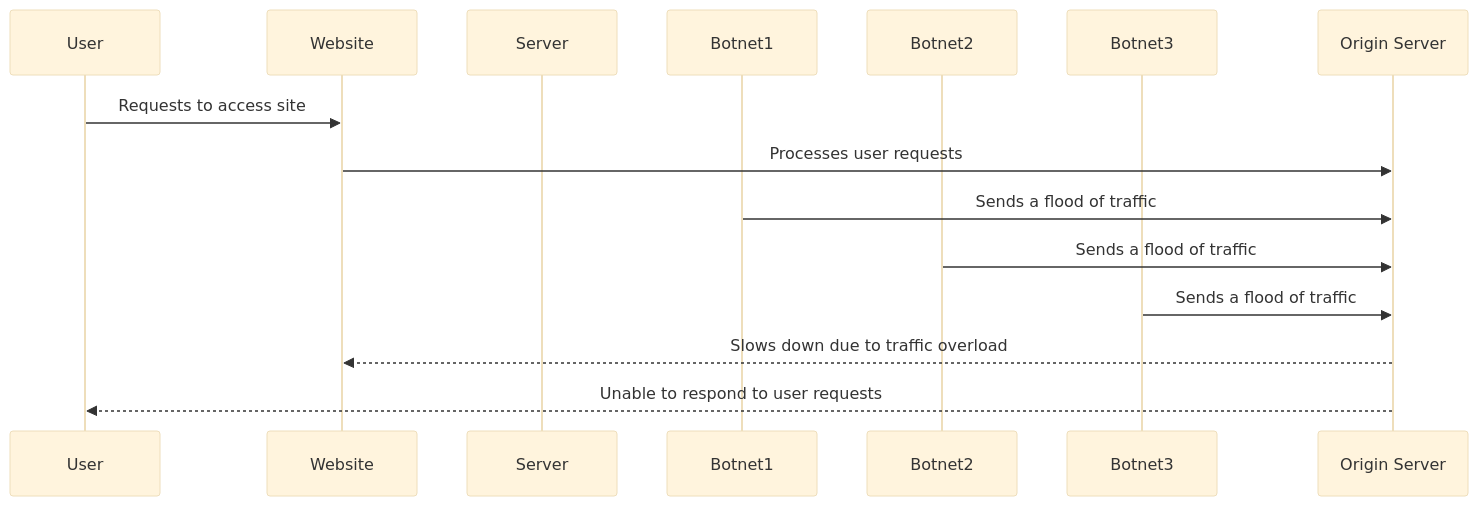
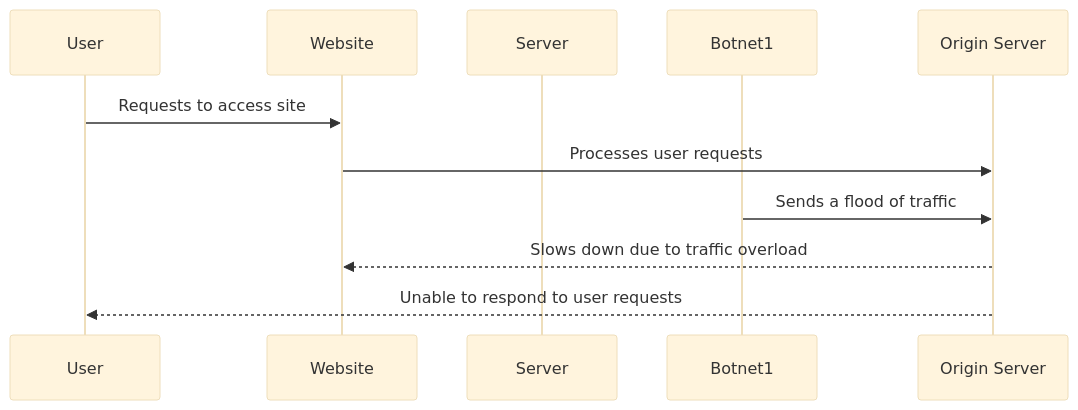
One commit to cloudflare/cloudflare-docs changed the diagram in content/learning-paths/modules/security/ddos-concepts/ddos-attacks.md. Above: the diagram before and after it, drawn with Mermaid (base theme). The commit also changed 3 other files, not shown here.

````diff
--- a/content/learning-paths/modules/security/ddos-concepts/ddos-attacks.md
+++ b/content/learning-paths/modules/security/ddos-concepts/ddos-attacks.md
@@ -10,16 +10,12 @@
 ```mermaid
 sequenceDiagram;
     participant User;
     participant Website;
     participant Server;
     participant Botnet1;
-    participant Botnet2;
-    participant Botnet3;
     User->>Website: Requests to access site
     Website->>Origin Server: Processes user requests
     Botnet1->>Origin Server: Sends a flood of traffic
-    Botnet2->>Origin Server: Sends a flood of traffic
-    Botnet3->>Origin Server: Sends a flood of traffic
     Origin Server-->>Website: Slows down due to traffic overload
     Origin Server-->>User: Unable to respond to user requests
 ```
````
